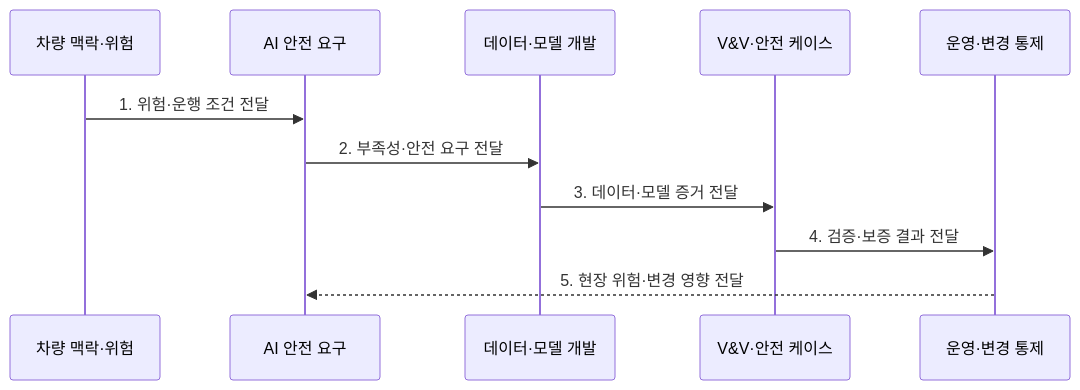
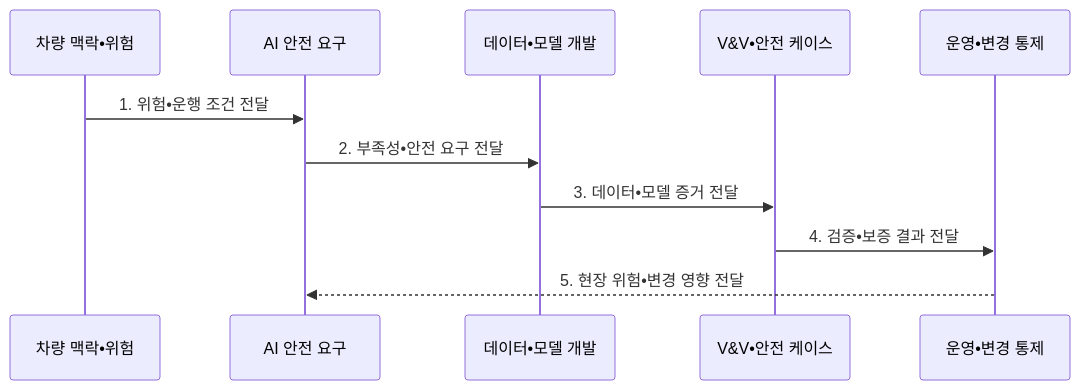
Before and after one commit to agnusdei1207/knowledge-base: the second of 2 diagrams in src/content/docs/notes/08-latest-tech/210_iso_pas_8800_ai_safety.md, drawn with Mermaid. The commit also changed other lines of this file and 953 other files, not shown here.

````diff
--- a/src/content/docs/notes/08-latest-tech/210_iso_pas_8800_ai_safety.md
+++ b/src/content/docs/notes/08-latest-tech/210_iso_pas_8800_ai_safety.md
@@ -102,13 +102,13 @@
 ```mermaid
 sequenceDiagram
-    participant C as 차량 맥락·위험
+    participant C as 차량 맥락•위험
     participant R as AI 안전 요구
-    participant D as 데이터·모델 개발
-    participant V as V&V·안전 케이스
-    participant O as 운영·변경 통제
-    C->>R: 1. 위험·운행 조건 전달
-    R->>D: 2. 부족성·안전 요구 전달
-    D->>V: 3. 데이터·모델 증거 전달
-    V->>O: 4. 검증·보증 결과 전달
-    O-->>R: 5. 현장 위험·변경 영향 전달
+    participant D as 데이터•모델 개발
+    participant V as V&V•안전 케이스
+    participant O as 운영•변경 통제
+    C->>R: 1. 위험•운행 조건 전달
+    R->>D: 2. 부족성•안전 요구 전달
+    D->>V: 3. 데이터•모델 증거 전달
+    V->>O: 4. 검증•보증 결과 전달
+    O-->>R: 5. 현장 위험•변경 영향 전달
 ```
````
